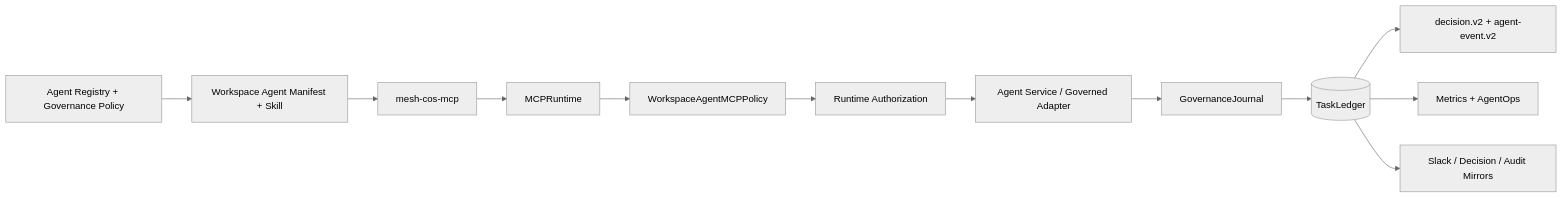
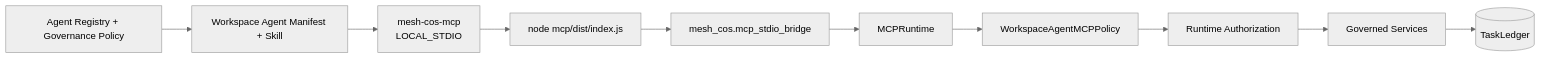
One commit to mkleinbe/mesh-ai-agent-cos-universe changed the diagram in AGENTS.md. Above: the diagram before and after it, drawn with Mermaid (neutral theme). The commit also changed other lines of this file, not shown here.

Commit message:
docs: align agent instructions to v1.1.0 local MCP

````diff
--- a/AGENTS.md
+++ b/AGENTS.md
@@ -36,14 +27,12 @@
 ```mermaid
 flowchart LR
     R[Agent Registry + Governance Policy] --> WA[Workspace Agent Manifest + Skill]
-    WA --> MCP[mesh-cos-mcp]
-    MCP --> RT[MCPRuntime]
+    WA --> MCP[mesh-cos-mcp\nLOCAL_STDIO]
+    MCP --> NODE[node mcp/dist/index.js]
+    NODE --> BRIDGE[mesh_cos.mcp_stdio_bridge]
+    BRIDGE --> RT[MCPRuntime]
     RT --> MP[WorkspaceAgentMCPPolicy]
     MP --> AUTH[Runtime Authorization]
-    AUTH --> AG[Agent Service / Governed Adapter]
-    AG --> GOV[GovernanceJournal]
+    AUTH --> GOV[Governed Services]
     GOV --> L[(TaskLedger)]
-    L --> AUD[decision.v2 + agent-event.v2]
-    L --> MET[Metrics + AgentOps]
-    L --> MIRROR[Slack / Decision / Audit Mirrors]
 ```
````
